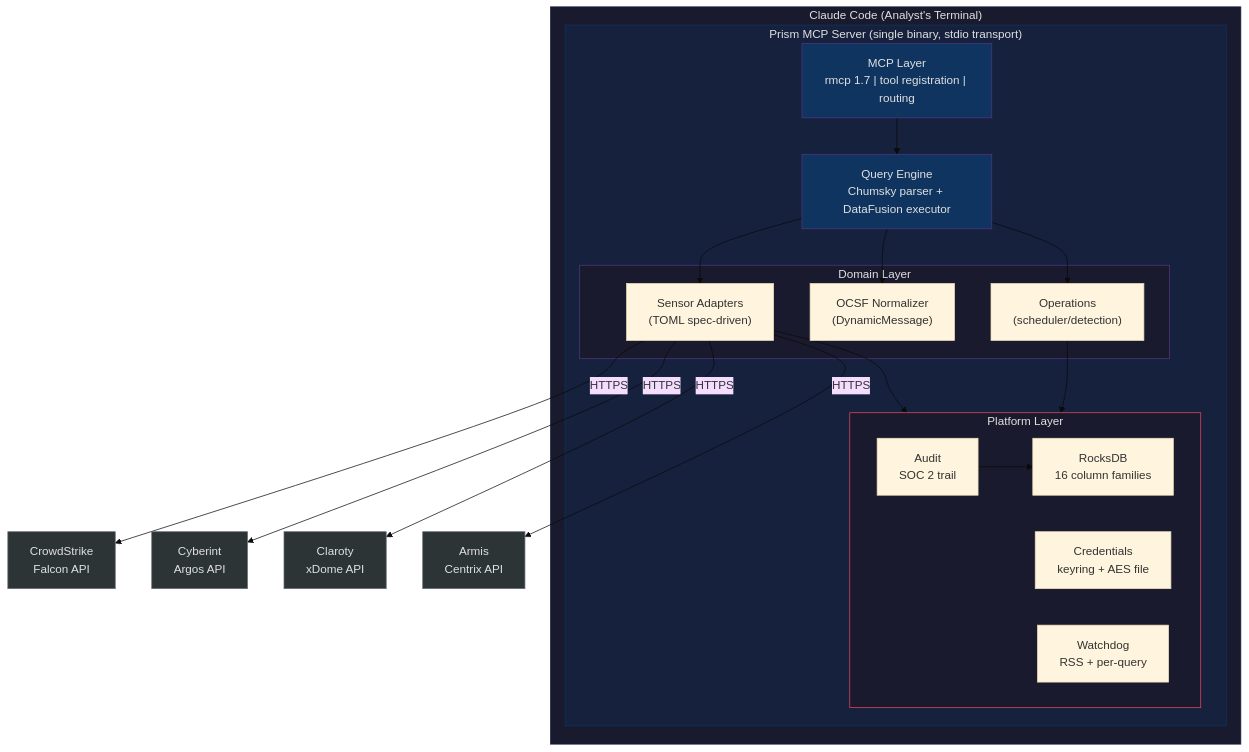
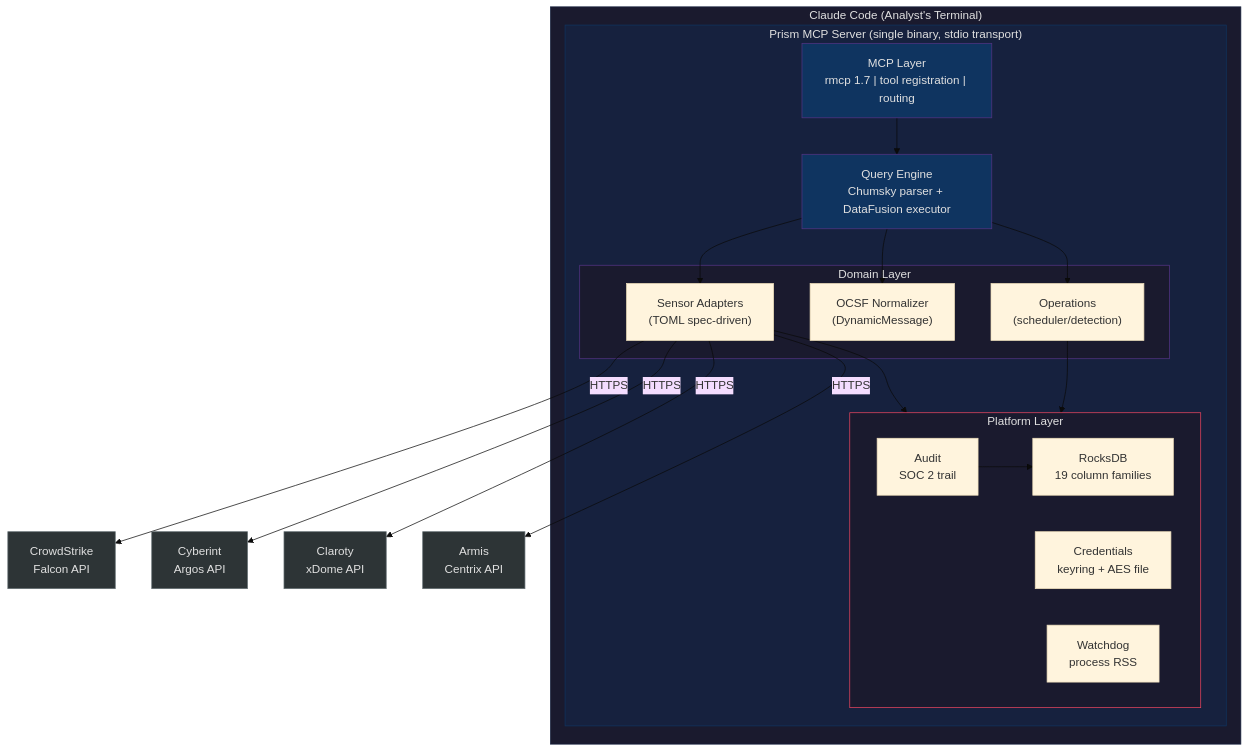
Before and after one commit to drbothen/prism: the third of 6 diagrams in specs/architecture/system-overview.md, drawn with Mermaid (base theme). The commit also changed other lines of this file and 86 other files, not shown here.

````diff
--- a/specs/architecture/system-overview.md
+++ b/specs/architecture/system-overview.md
@@ -201,46 +201,46 @@
 ```mermaid
 graph TB
     subgraph CC["Claude Code (Analyst's Terminal)"]
         subgraph PRISM["Prism MCP Server (single binary, stdio transport)"]
             MCP["MCP Layer<br/>rmcp 1.7 | tool registration | routing"]
             QE["Query Engine<br/>Chumsky parser + DataFusion executor"]
             
             subgraph MIDDLE["Domain Layer"]
                 SA["Sensor Adapters<br/>(TOML spec-driven)"]
                 OCSF["OCSF Normalizer<br/>(DynamicMessage)"]
                 OPS["Operations<br/>(scheduler/detection)"]
             end
             
             subgraph PLATFORM["Platform Layer"]
-                ROCKS["RocksDB<br/>16 column families"]
+                ROCKS["RocksDB<br/>19 column families"]
                 CREDS["Credentials<br/>keyring + AES file"]
                 AUDIT["Audit<br/>SOC 2 trail"]
-                WATCH["Watchdog<br/>RSS + per-query"]
+                WATCH["Watchdog<br/>process RSS"]
             end
         end
     end
 
     MCP --> QE
     QE --> SA
     QE --> OCSF
     QE --> OPS
     SA --> PLATFORM
     OPS --> PLATFORM
     AUDIT --> ROCKS
 
     SA -- "HTTPS" --> CS["CrowdStrike<br/>Falcon API"]
     SA -- "HTTPS" --> CY["Cyberint<br/>Argos API"]
     SA -- "HTTPS" --> CL["Claroty<br/>xDome API"]
     SA -- "HTTPS" --> AR["Armis<br/>Centrix API"]
 
     style CC fill:#1a1a2e,stroke:#16213e,color:#e0e0e0
     style PRISM fill:#16213e,stroke:#0f3460,color:#e0e0e0
     style MCP fill:#0f3460,stroke:#533483,color:#e0e0e0
     style QE fill:#0f3460,stroke:#533483,color:#e0e0e0
     style MIDDLE fill:#1a1a2e,stroke:#533483,color:#e0e0e0
     style PLATFORM fill:#1a1a2e,stroke:#e94560,color:#e0e0e0
     style CS fill:#2d3436,stroke:#636e72,color:#e0e0e0
     style CY fill:#2d3436,stroke:#636e72,color:#e0e0e0
     style CL fill:#2d3436,stroke:#636e72,color:#e0e0e0
     style AR fill:#2d3436,stroke:#636e72,color:#e0e0e0
 ```
````
